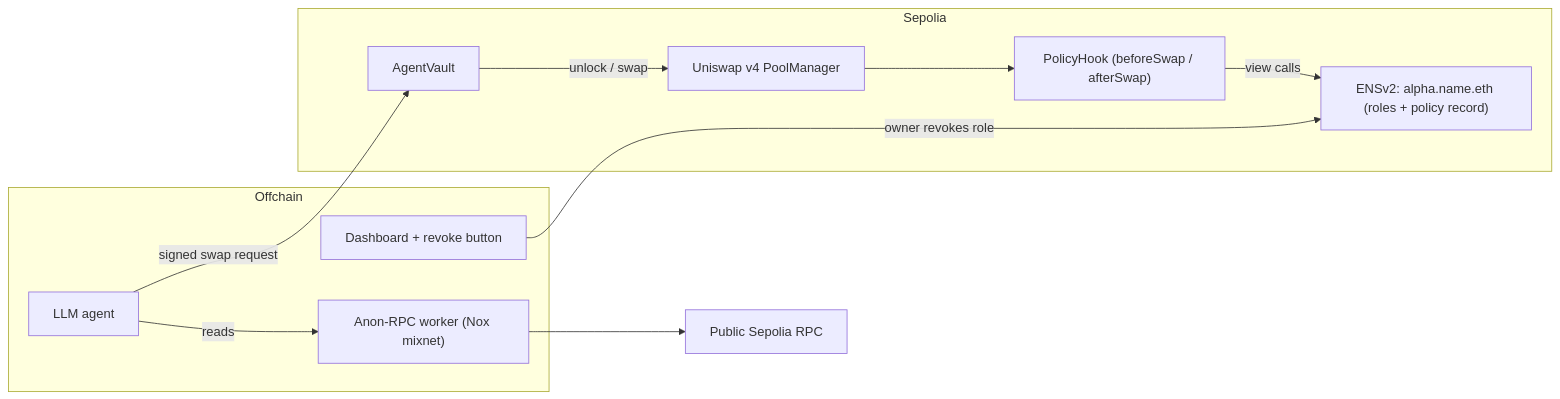
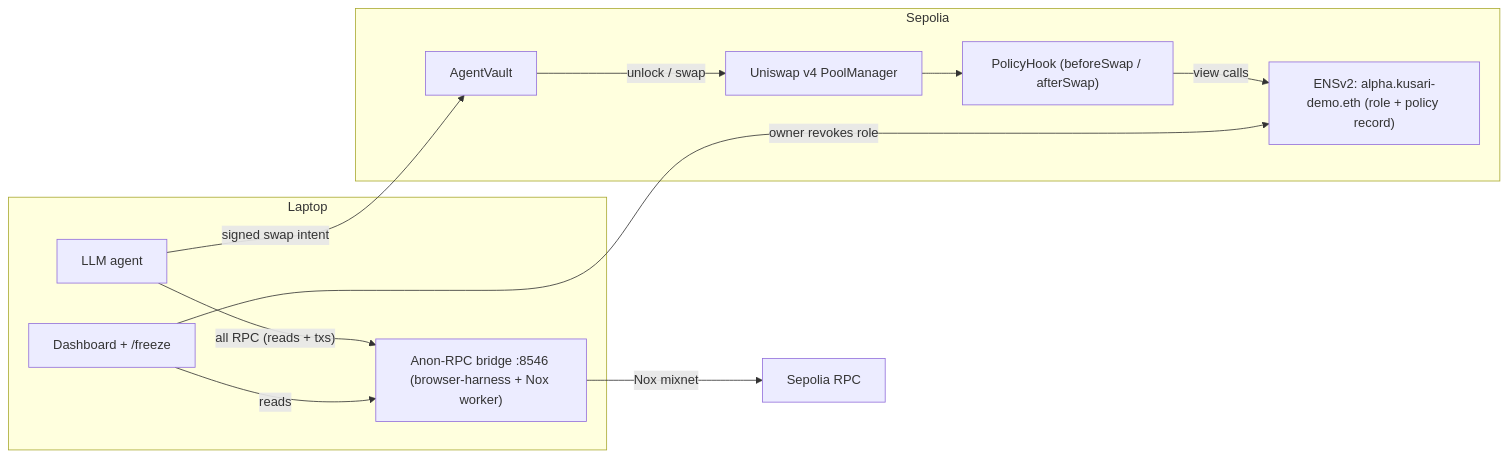
The second of 2 diagrams in README.md (unspecifiedcoder/kusari), drawn with Mermaid before and after one commit. The commit also changed other lines of this file and 3 other files, not shown here.

````diff
--- a/README.md
+++ b/README.md
@@ -62,19 +68,20 @@
 ```mermaid
 flowchart LR
-    subgraph Offchain
+    subgraph Laptop
         AG["LLM agent"]
-        AR["Anon-RPC worker (Nox mixnet)"]
-        DB["Dashboard + revoke button"]
+        BR["Anon-RPC bridge :8546 (browser-harness + Nox worker)"]
+        DB["Dashboard + /freeze"]
     end
     subgraph Sepolia
         VA["AgentVault"]
         PM["Uniswap v4 PoolManager"]
         HK["PolicyHook (beforeSwap / afterSwap)"]
-        ENS["ENSv2: alpha.name.eth (roles + policy record)"]
+        ENS["ENSv2: alpha.kusari-demo.eth (role + policy record)"]
     end
-    AG -- "reads" --> AR --> RPC["Public Sepolia RPC"]
-    AG -- "signed swap request" --> VA
+    AG -- "all RPC (reads + txs)" --> BR -- "Nox mixnet" --> RPC["Sepolia RPC"]
+    DB -- "reads" --> BR
+    AG -- "signed swap intent" --> VA
     VA -- "unlock / swap" --> PM --> HK
     HK -- "view calls" --> ENS
     DB -- "owner revokes role" --> ENS
 ```
````
